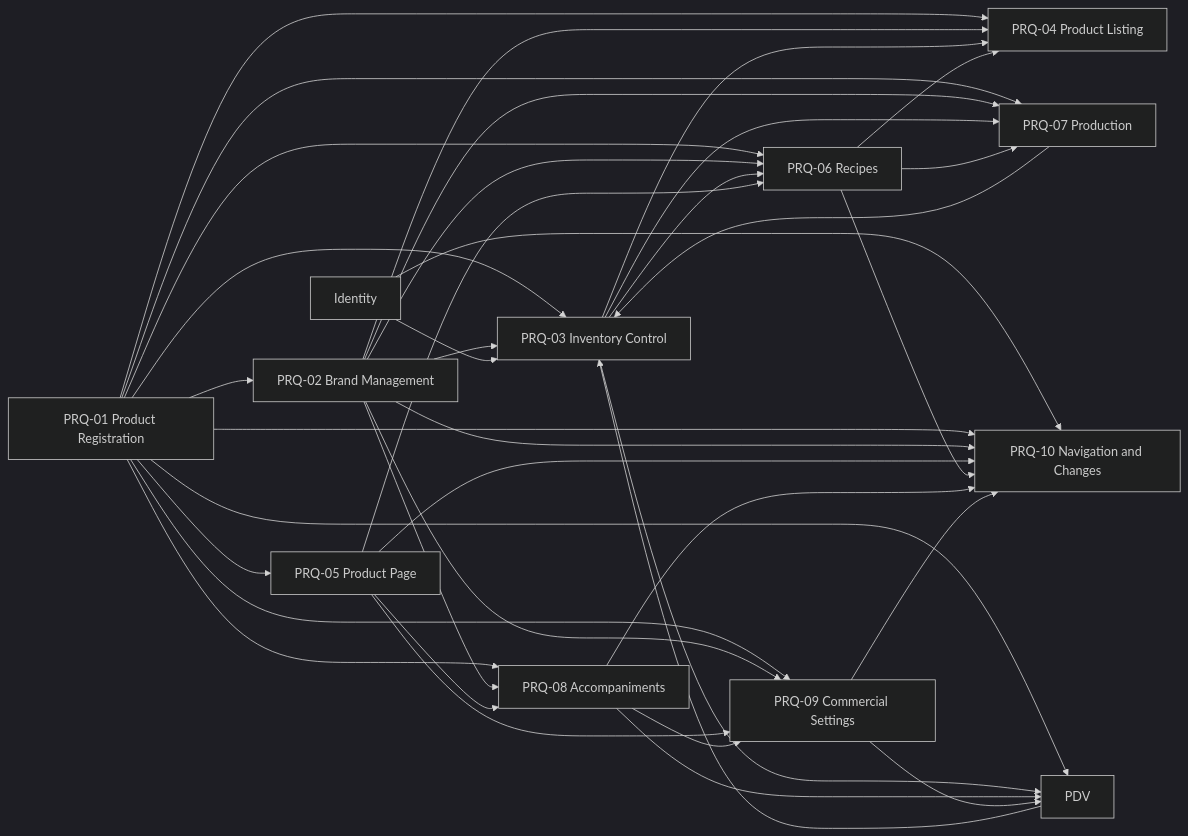
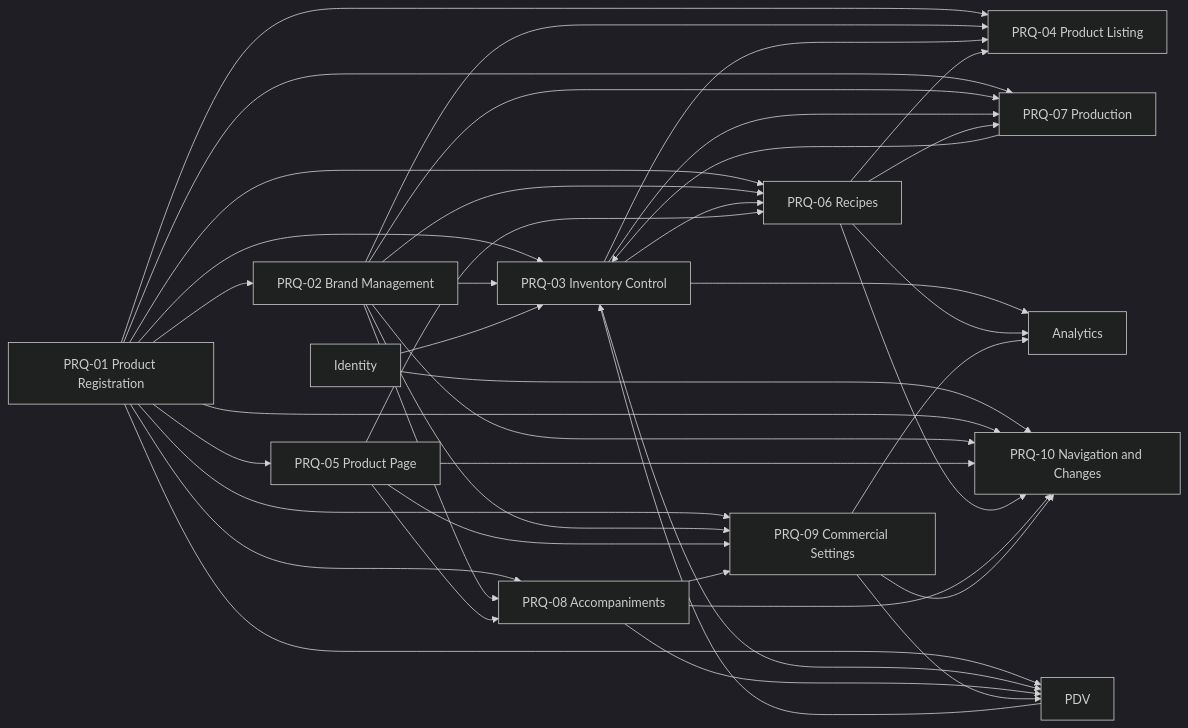
Before and after one commit to rafinel/scoops: the diagram in documentation/prds/mrp.md, drawn with Mermaid (dark theme). The commit also changed other lines of this file and 13 other files, not shown here.

````diff
--- a/documentation/prds/mrp.md
+++ b/documentation/prds/mrp.md
@@ -633,53 +634,57 @@
 ```mermaid
 flowchart LR
     ID[Identity]
     PDV[PDV]
+    Analytics[Analytics]
     R1[PRQ-01 Product Registration]
     R2[PRQ-02 Brand Management]
     R3[PRQ-03 Inventory Control]
     R4[PRQ-04 Product Listing]
     R5[PRQ-05 Product Page]
     R6[PRQ-06 Recipes]
     R7[PRQ-07 Production]
     R8[PRQ-08 Accompaniments]
     R9[PRQ-09 Commercial Settings]
     R10[PRQ-10 Navigation and Changes]
 
     R1 --> R2
     R1 --> R3
     R1 --> R4
     R1 --> R5
     R1 --> R6
     R1 --> R7
     R1 --> R8
     R1 --> R9
     R1 --> PDV
     R2 --> R3
     R2 --> R4
     R2 --> R6
     R2 --> R7
     R2 --> R8
     R2 --> R9
     R3 --> R4
     R3 --> R6
     R3 --> R7
     R3 --> PDV
+    R3 --> Analytics
     R5 --> R6
     R5 --> R8
     R5 --> R9
     R6 --> R4
     R6 --> R7
+    R6 --> Analytics
     R7 --> R3
     R8 --> R9
     R8 --> PDV
     R9 --> PDV
+    R9 --> Analytics
     ID --> R3
     ID --> R10
     PDV --> R3
     R1 --> R10
     R2 --> R10
     R5 --> R10
     R6 --> R10
     R8 --> R10
     R9 --> R10
 ```
````
